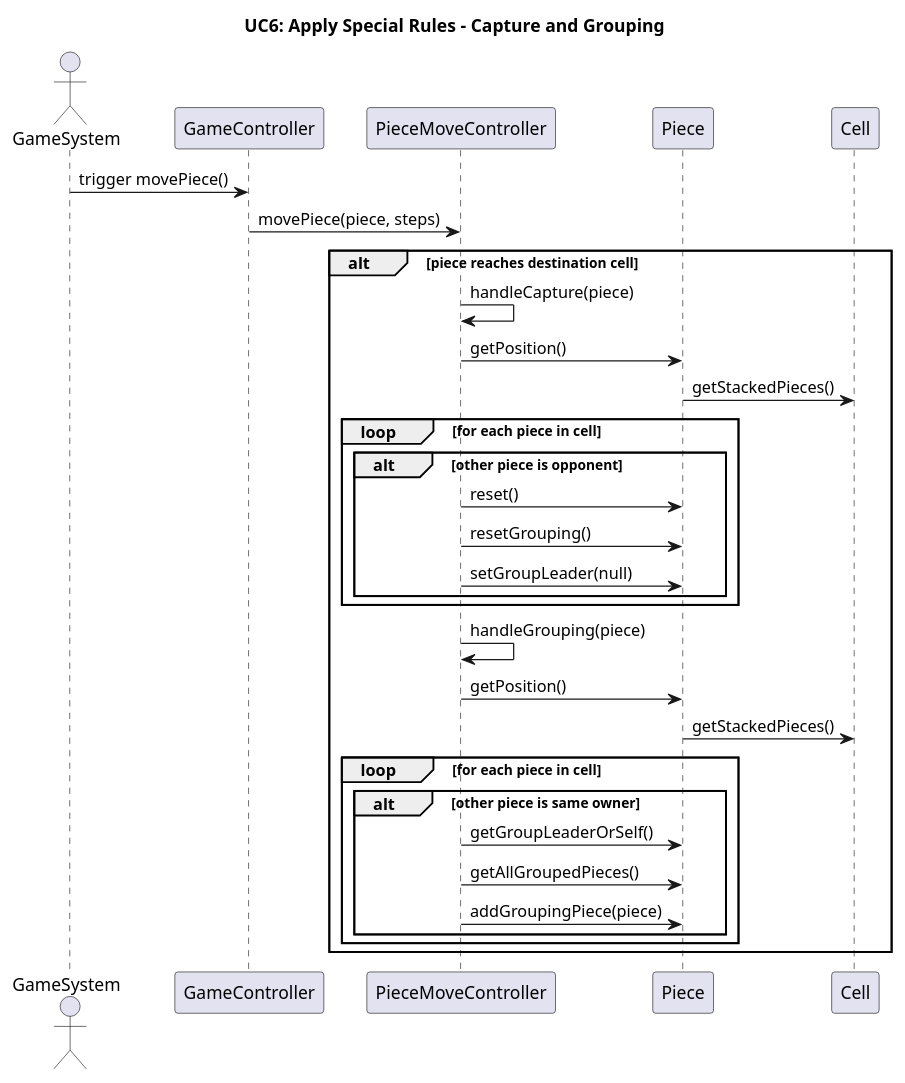
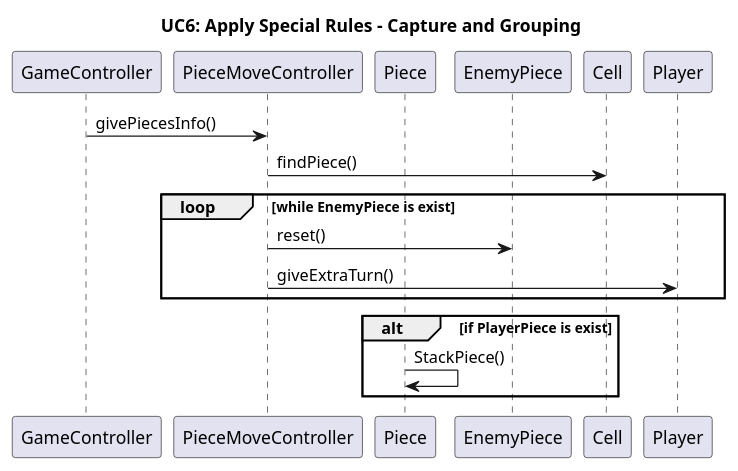
One commit to jack0928/SE-Term-Project-2025 changed the diagram in UC6.puml. Above: the diagram before and after it, drawn with PlantUML. The commit also changed 4 other files, not shown here.

Commit message:
docs: sequence diagram 1차 완성

```diff
--- a/UC6.puml
+++ b/UC6.puml
@@ -1,37 +1,24 @@
 @startuml
 title UC6: Apply Special Rules - Capture and Grouping
 
-actor GameSystem
 participant GameController
 participant PieceMoveController
 participant Piece
+participant EnemyPiece
 participant Cell
 
-GameSystem -> GameController : trigger movePiece()
-GameController -> PieceMoveController : movePiece(piece, steps)
+	GameController -> PieceMoveController: givePiecesInfo()
+	PieceMoveController -> Cell : findPiece()
 
-alt piece reaches destination cell
-    PieceMoveController -> PieceMoveController : handleCapture(piece)
-    PieceMoveController -> Piece : getPosition()
-    Piece -> Cell : getStackedPieces()
-    loop for each piece in cell
-        alt other piece is opponent
-            PieceMoveController -> Piece : reset()
-            PieceMoveController -> Piece : resetGrouping()
-            PieceMoveController -> Piece : setGroupLeader(null)
-        end
+	loop while EnemyPiece is exist
+		PieceMoveController -> EnemyPiece : reset()
+		PieceMoveController -> Player : giveExtraTurn()
+	end
+
+	alt if PlayerPiece is exist
+    	Piece -> Piece : StackPiece()
     end
 
-    PieceMoveController -> PieceMoveController : handleGrouping(piece)
-    PieceMoveController -> Piece : getPosition()
-    Piece -> Cell : getStackedPieces()
-    loop for each piece in cell
-        alt other piece is same owner
-            PieceMoveController -> Piece : getGroupLeaderOrSelf()
-            PieceMoveController -> Piece : getAllGroupedPieces()
-            PieceMoveController -> Piece : addGroupingPiece(piece)
-        end
-    end
-end
+
 
 @enduml
```
